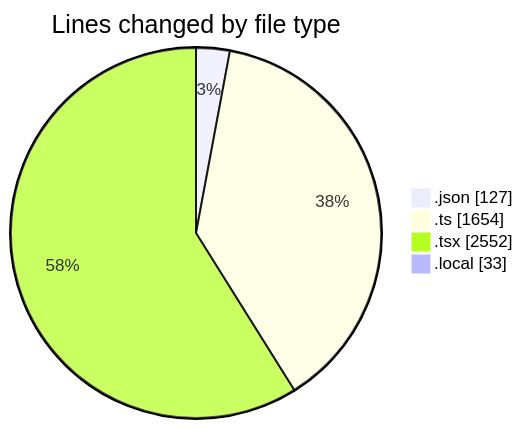
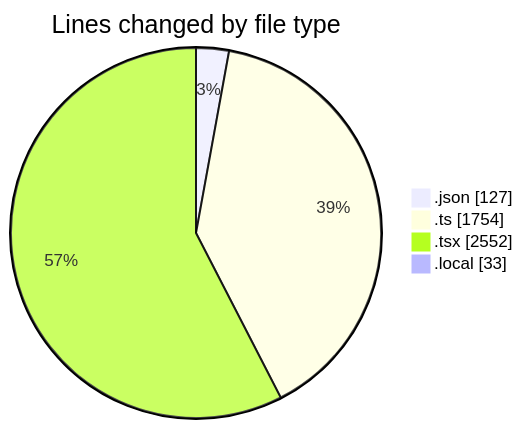
One commit to julien-gomy/code-tracking changed the first of 2 diagrams in 2025-11-12/eventscop-frontend-guide__workspace_/README.md. Above: the diagram before and after it, drawn with Mermaid. The commit also changed other lines of this file and 1 other file, not shown here.

````diff
--- a/2025-11-12/eventscop-frontend-guide__workspace_/README.md
+++ b/2025-11-12/eventscop-frontend-guide__workspace_/README.md
@@ -46,8 +47,8 @@
 ```mermaid
 pie showData
 title Lines changed by file type
 ".json" : 127
-".ts" : 1654
+".ts" : 1754
 ".tsx" : 2552
 ".local" : 33
 ```
````
